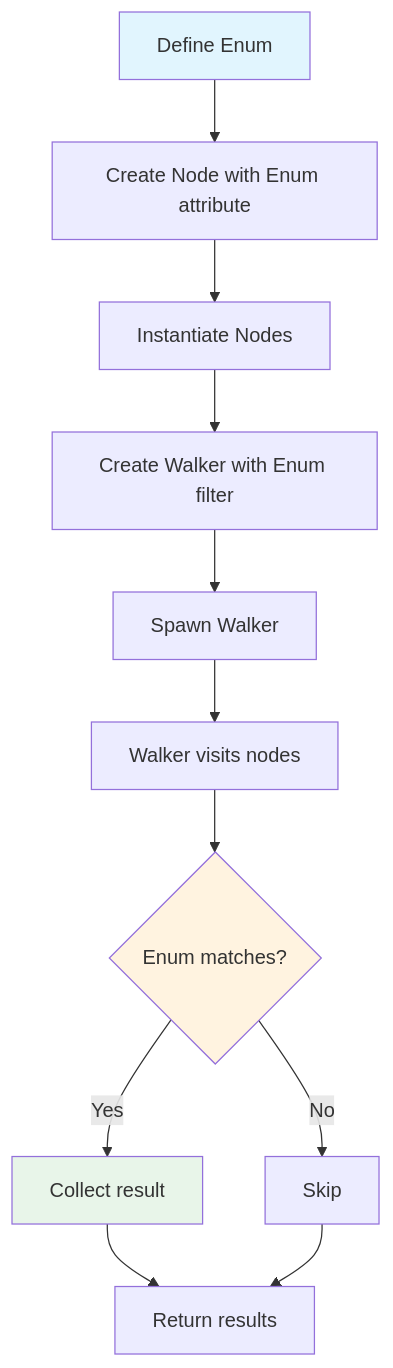
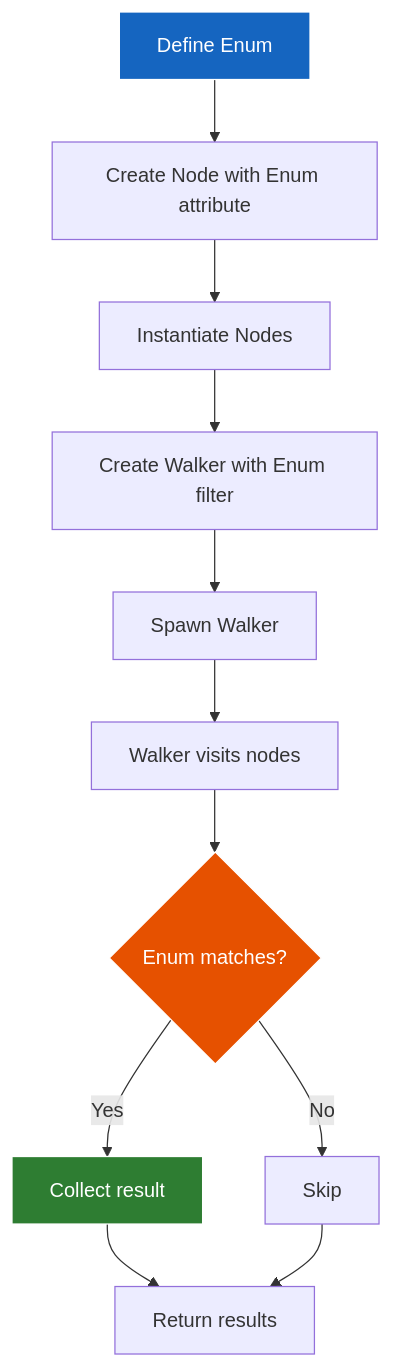
The third of 3 diagrams in jac/examples/reference/enumerations.md (specialized806/jaseci), drawn with Mermaid before and after one commit. The commit also changed other lines of this file and 13 other files, not shown here.

Commit message:
imporve spec diagram styles

````diff
--- a/jac/examples/reference/enumerations.md
+++ b/jac/examples/reference/enumerations.md
@@ -156,17 +156,17 @@
 ```mermaid
 graph TD
     A[Define Enum] --> B[Create Node with Enum attribute]
     B --> C[Instantiate Nodes]
     C --> D[Create Walker with Enum filter]
     D --> E[Spawn Walker]
     E --> F[Walker visits nodes]
     F --> G{Enum matches?}
     G -->|Yes| H[Collect result]
     G -->|No| I[Skip]
     H --> J[Return results]
     I --> J
 
-    style A fill:#e1f5fe
-    style G fill:#fff3e0
-    style H fill:#e8f5e9
+    style A fill:#1565c0,stroke:#fff,color:#fff
+    style G fill:#e65100,stroke:#fff,color:#fff
+    style H fill:#2e7d32,stroke:#fff,color:#fff
 ```
````
